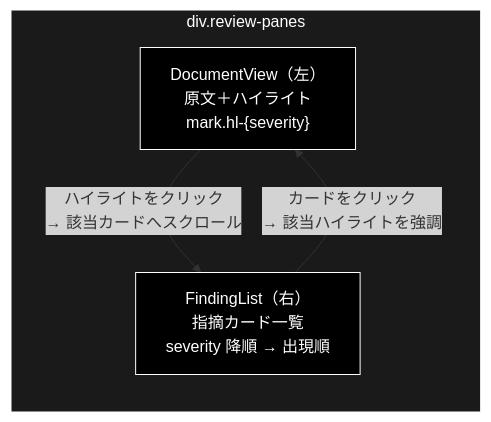
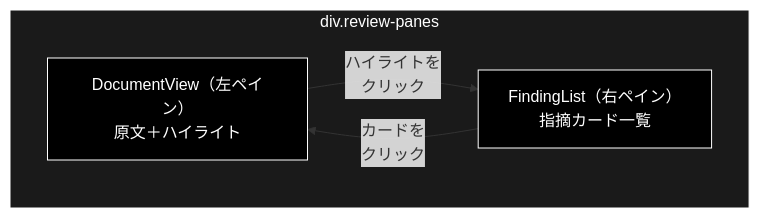
Before and after one commit to nakashima2toshio/grace_v2: the third of 5 diagrams in README.md, drawn with Mermaid. The commit also changed other lines of this file, not shown here.

First line of the commit message:
docs: README §2 の構成図を縦積みにして文字潰れを解消

````diff
--- a/README.md
+++ b/README.md
@@ -265,13 +281,13 @@
 ```mermaid
-flowchart LR
+flowchart TB
     subgraph PANES["div.review-panes"]
-        DOC["DocumentView（左）<br>原文＋ハイライト<br>mark.hl-{severity}"]
-        LIST["FindingList（右）<br>指摘カード一覧<br>severity 降順 → 出現順"]
+        DOC["DocumentView（左ペイン）<br>原文＋ハイライト"]
+        LIST["FindingList（右ペイン）<br>指摘カード一覧"]
     end
-    DOC -- "ハイライトをクリック<br>→ 該当カードへスクロール" --> LIST
-    LIST -- "カードをクリック<br>→ 該当ハイライトを強調" --> DOC
+    DOC -- "ハイライトを<br>クリック" --> LIST
+    LIST -- "カードを<br>クリック" --> DOC
 classDef default fill:#000,stroke:#fff,color:#fff
 classDef subgraphStyle fill:#1a1a1a,stroke:#fff,color:#fff
 class DOC,LIST default
 style PANES fill:#1a1a1a,stroke:#fff,color:#fff
 ```
````
